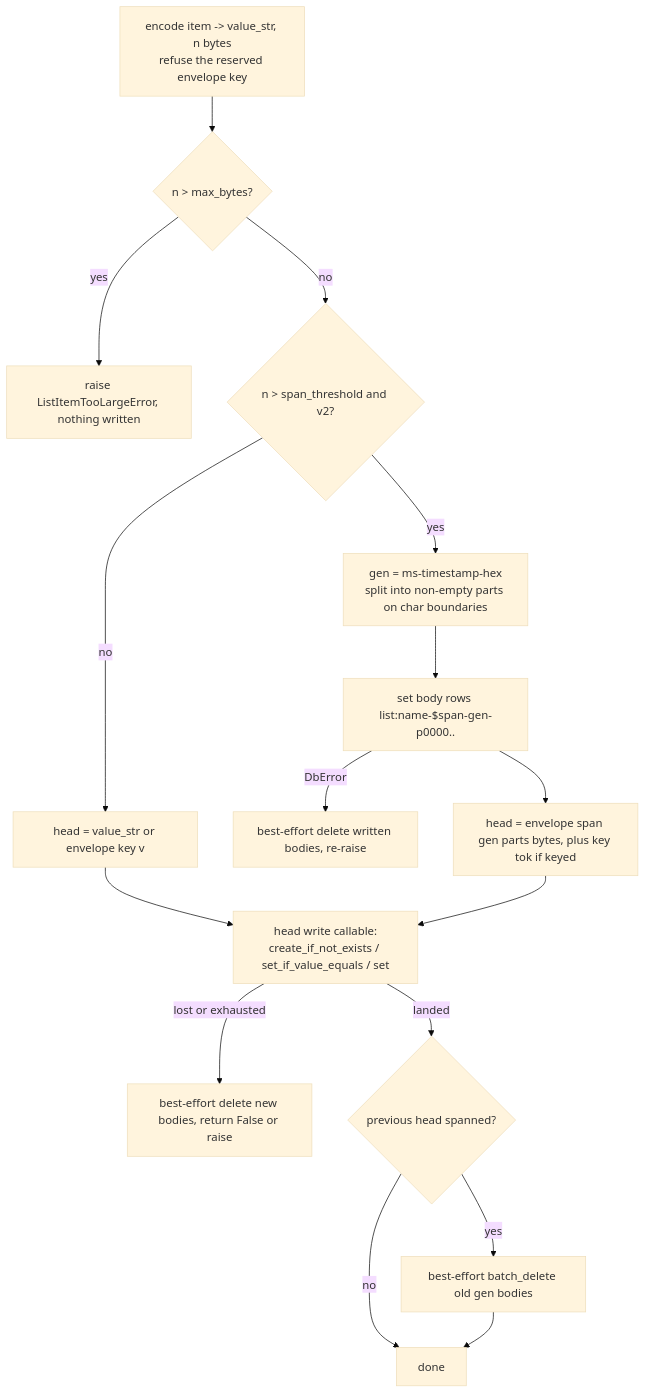
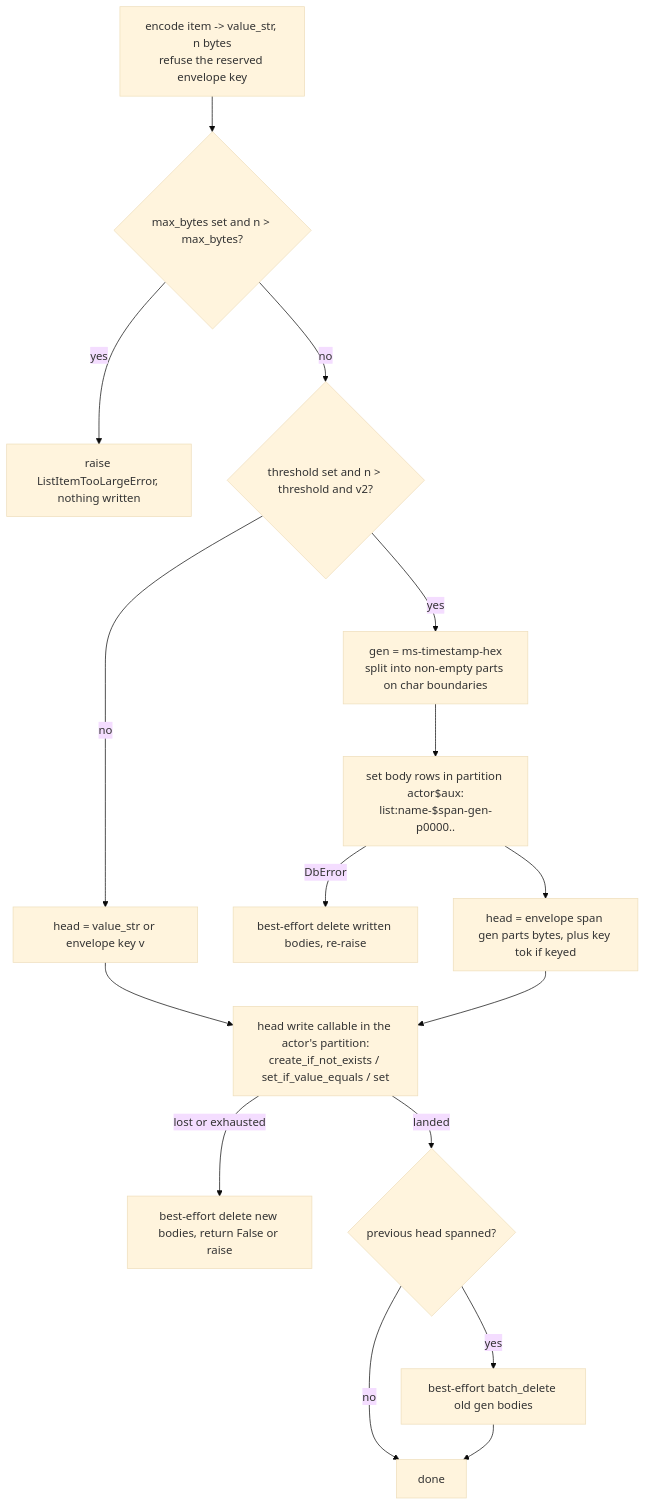
The first of 2 diagrams in thoughts/plans/2026-10-30-spanned-list-items.md (actingweb/actingweb), drawn with Mermaid (base theme) before and after one commit. The commit also changed other lines of this file, not shown here.

First line of the commit message:
Revise the spanned list items plan after the staff review

````diff
--- a/thoughts/plans/2026-10-30-spanned-list-items.md
+++ b/thoughts/plans/2026-10-30-spanned-list-items.md
@@ -612,18 +811,18 @@
 ```mermaid
 flowchart TD
-    A[encode item -> value_str, n bytes<br/>refuse the reserved envelope key] --> B{n > max_bytes?}
+    A[encode item -> value_str, n bytes<br/>refuse the reserved envelope key] --> B{max_bytes set and n > max_bytes?}
     B -- yes --> X[raise ListItemTooLargeError, nothing written]
-    B -- no --> C{n > span_threshold and v2?}
+    B -- no --> C{threshold set and n > threshold and v2?}
     C -- no --> D[head = value_str or envelope key v]
     C -- yes --> E[gen = ms-timestamp-hex<br/>split into non-empty parts on char boundaries]
-    E --> F[set body rows list:name-$span-gen-p0000..]
+    E --> F[set body rows in partition actor$aux:<br/>list:name-$span-gen-p0000..]
     F -- DbError --> G[best-effort delete written bodies, re-raise]
     F --> H[head = envelope span gen parts bytes, plus key tok if keyed]
-    D --> I[head write callable:<br/>create_if_not_exists / set_if_value_equals / set]
+    D --> I[head write callable in the actor's partition:<br/>create_if_not_exists / set_if_value_equals / set]
     H --> I
     I -- lost or exhausted --> J[best-effort delete new bodies, return False or raise]
     I -- landed --> K{previous head spanned?}
     K -- yes --> L[best-effort batch_delete old gen bodies]
     K -- no --> M[done]
     L --> M
 ```
````
